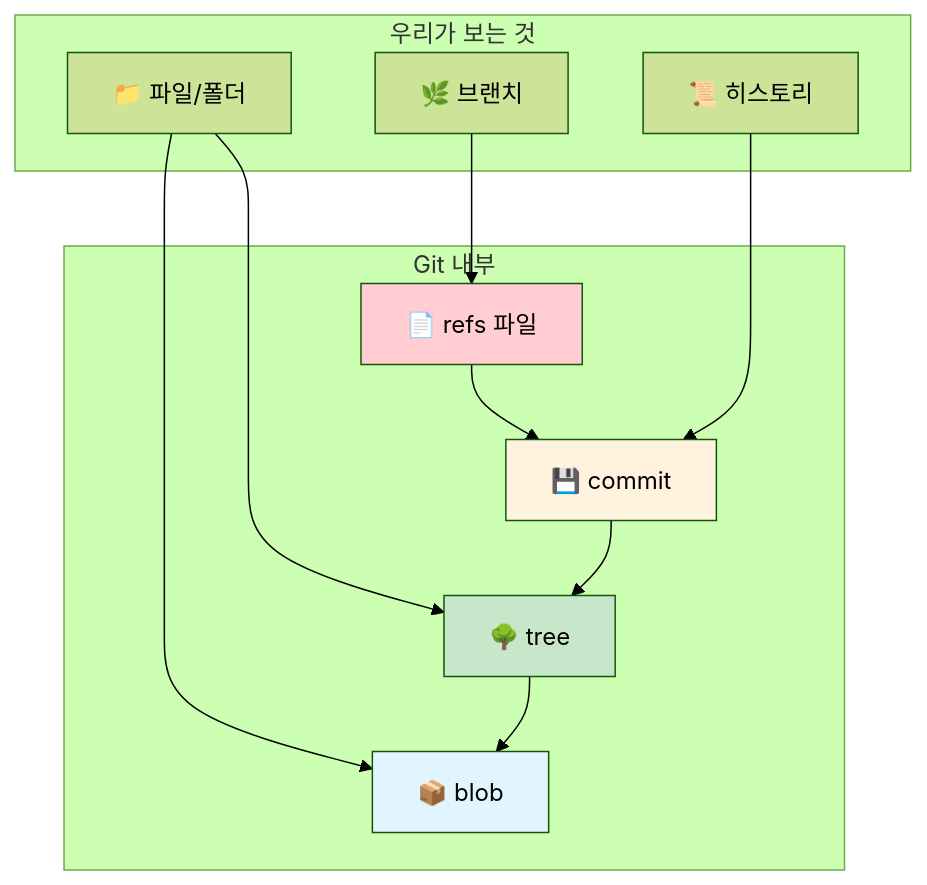
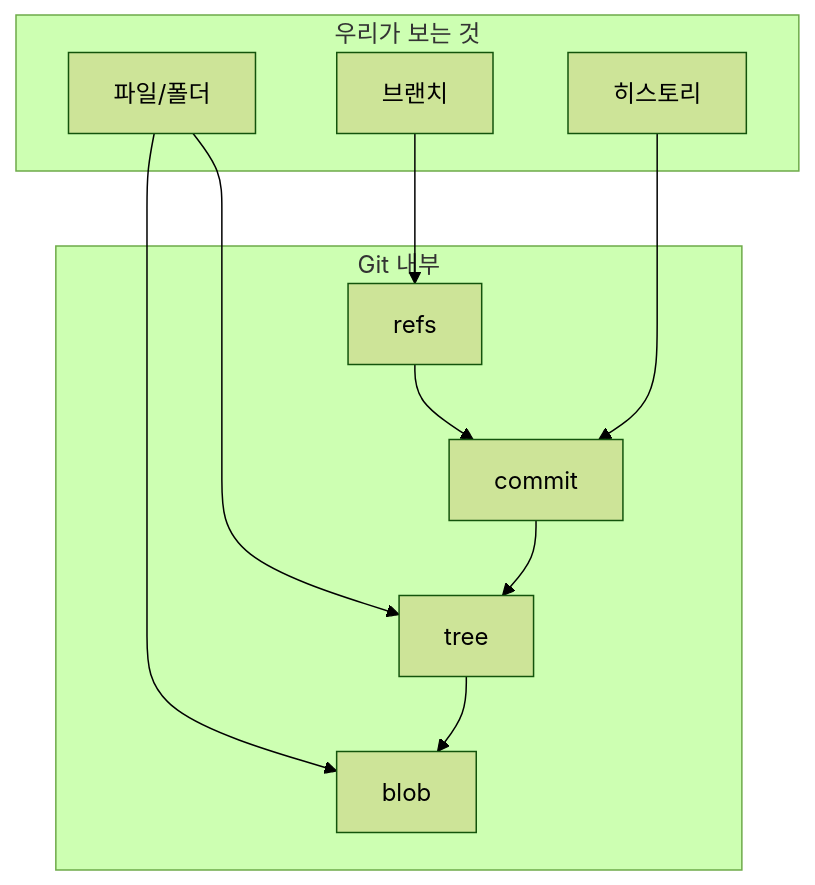
The eighth of 8 diagrams in content/posts/git-internals-01-object-storage.md (hiddenpunch/hiddenpunch.github.io), drawn with Mermaid (forest theme) before and after one commit. The commit also changed other lines of this file, not shown here.

Commit message:
Fix Mermaid syntax for v11 compatibility

```diff
--- a/content/posts/git-internals-01-object-storage.md
+++ b/content/posts/git-internals-01-object-storage.md
@@ -297,28 +183,21 @@
 <div class="mermaid">
-graph TB
-    subgraph "우리가 보는 것"
-        FILES["📁 파일/폴더"]
-        BRANCH["🌿 브랜치"]
-        HISTORY["📜 히스토리"]
+flowchart TB
+    subgraph visible[우리가 보는 것]
+        FILES[파일/폴더]
+        BRANCH[브랜치]
+        HISTORY[히스토리]
     end
-    
-    subgraph "Git 내부"
-        BLOB["📦 blob"]
-        TREE["🌳 tree"]
-        COMMIT["💾 commit"]
-        REF["📄 refs 파일"]
+    subgraph internal[Git 내부]
+        BLOB[blob]
+        TREE[tree]
+        COMMIT[commit]
+        REF[refs]
     end
-    
     FILES --> BLOB
     FILES --> TREE
     BRANCH --> REF
     REF --> COMMIT
     HISTORY --> COMMIT
     COMMIT --> TREE
     TREE --> BLOB
-    
-    style BLOB fill:#e1f5fe
-    style TREE fill:#c8e6c9
-    style COMMIT fill:#fff3e0
-    style REF fill:#ffcdd2
 </div>
```
